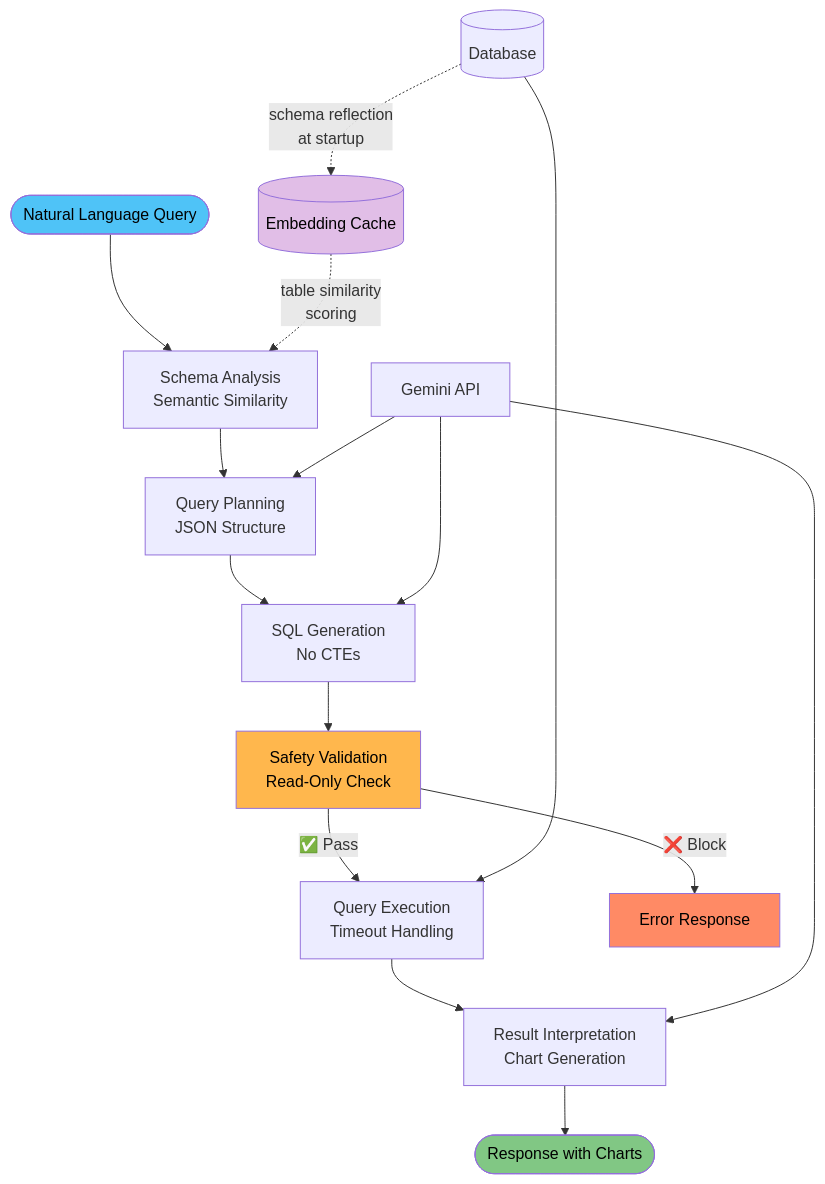
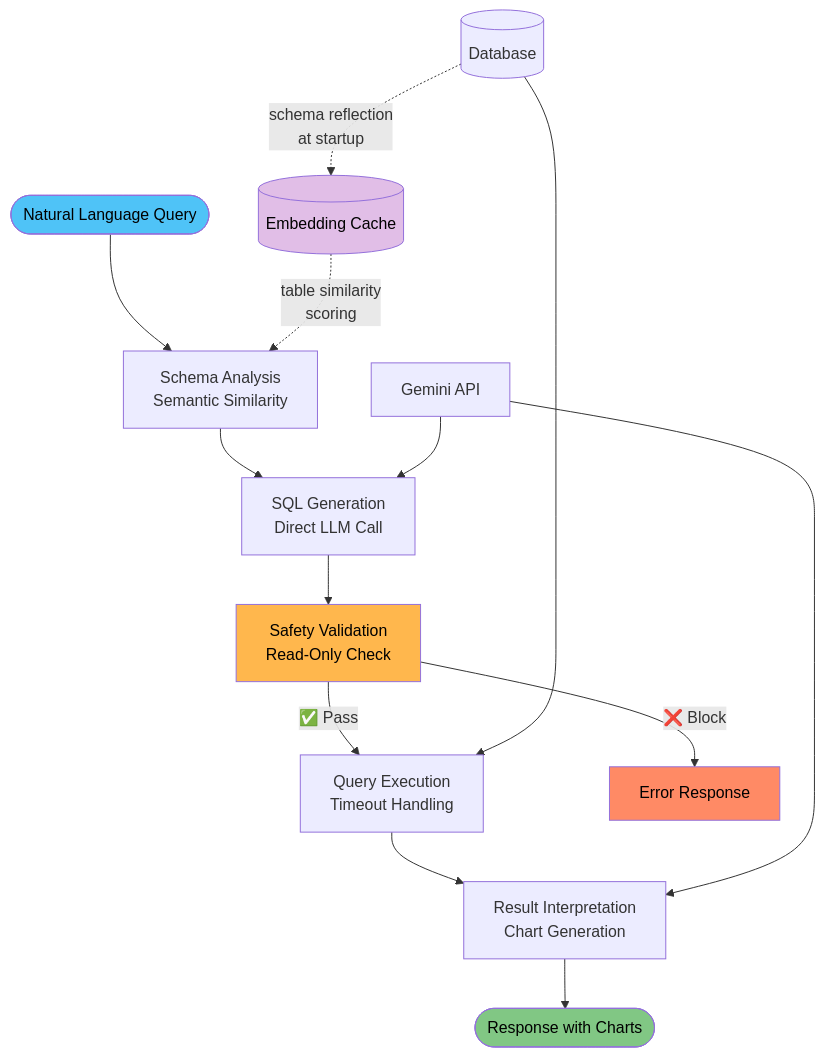
The diagram in README.md (keo571/netquery), drawn with Mermaid before and after one commit. The commit also changed other lines of this file and 12 other files, not shown here.

First line of the commit message:
refactor: Consolidate query_planner and sql_generator into single node

````diff
--- a/README.md
+++ b/README.md
@@ -7,24 +7,22 @@
 ```mermaid
 flowchart TD
     A([Natural Language Query]) --> B[Schema Analysis<br/>Semantic Similarity]
-    B --> C[Query Planning<br/>JSON Structure]
-    C --> D[SQL Generation<br/>No CTEs]
-    D --> E[Safety Validation<br/>Read-Only Check]
-    E -->|✅ Pass| F[Query Execution<br/>Timeout Handling]
-    E -->|❌ Block| I[Error Response]
-    F --> G[Result Interpretation<br/>Chart Generation]
-    G --> H([Response with Charts])
+    B --> C[SQL Generation<br/>Direct LLM Call]
+    C --> D[Safety Validation<br/>Read-Only Check]
+    D -->|✅ Pass| E[Query Execution<br/>Timeout Handling]
+    D -->|❌ Block| H[Error Response]
+    E --> F[Result Interpretation<br/>Chart Generation]
+    F --> G([Response with Charts])
 
     DB[(Database)] -.->|schema reflection<br/>at startup| CACHE
     CACHE[(Embedding Cache)] -.->|table similarity<br/>scoring| B
     LLM[Gemini API] --> C
-    LLM --> D
-    LLM --> G
-    DB --> F
+    LLM --> F
+    DB --> E
 
     style A fill:#4FC3F7,color:#000
-    style H fill:#81C784,color:#000
-    style I fill:#FF8A65,color:#000
-    style E fill:#FFB74D,color:#000
+    style G fill:#81C784,color:#000
+    style H fill:#FF8A65,color:#000
+    style D fill:#FFB74D,color:#000
     style CACHE fill:#E1BEE7,color:#000
 ```
````
